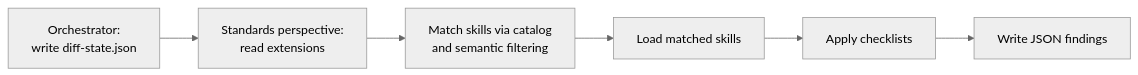
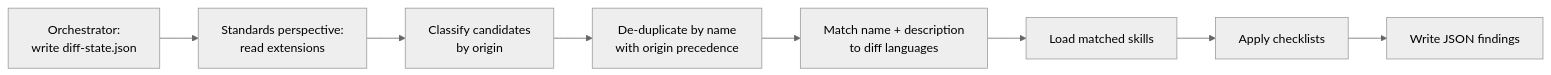
One commit to Ditto190/hve-core-agentworkflows-swe-multiagent changed the first of 2 diagrams in docs/agents/code-review/language-skills.md. Above: the diagram before and after it, drawn with Mermaid (neutral theme). The commit also changed other lines of this file and 7 other files, not shown here.

````diff
--- a/docs/agents/code-review/language-skills.md
+++ b/docs/agents/code-review/language-skills.md
@@ -30,10 +30,12 @@
 ```mermaid
 flowchart LR
   accTitle: Standards Perspective Skill Loading Pipeline
   accDescr: The orchestrator writes diff state, the Standards perspective matches changed extensions to skills, loads and applies their checklists, and writes findings.
   A["Orchestrator:<br/>write diff-state.json"] --> B["Standards perspective:<br/>read extensions"]
-  B --> C["Match skills via catalog<br/>and semantic filtering"]
-  C --> D["Load matched skills"]
+  B --> C["Classify candidates<br/>by origin"]
+  C --> G["De-duplicate by name<br/>with origin precedence"]
+  G --> H["Match name + description<br/>to diff languages"]
+  H --> D["Load matched skills"]
   D --> E["Apply checklists"]
   E --> F["Write JSON findings"]
 ```
````
